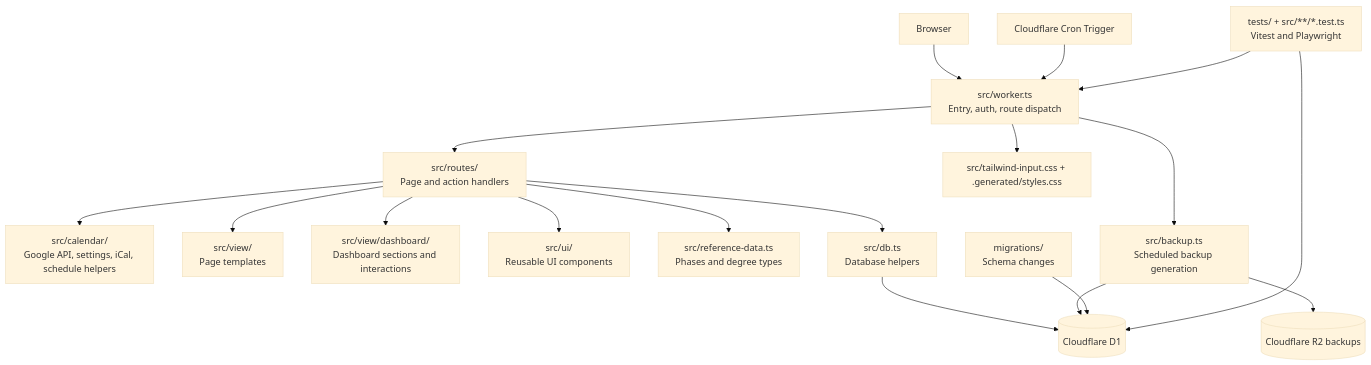
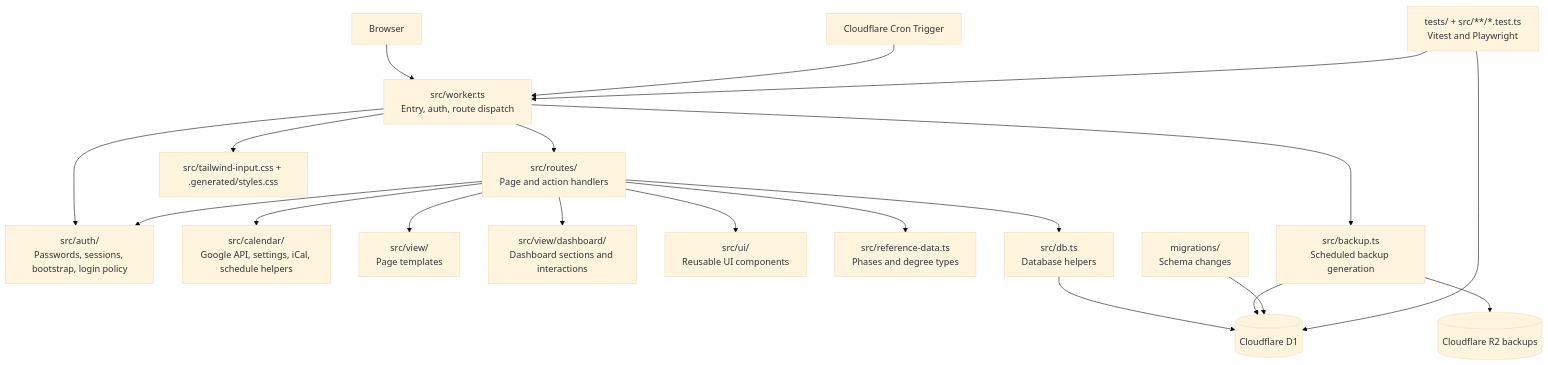
The diagram in docs/project-structure.md (bebraw/thesis-journey-tracker), drawn with Mermaid (base theme) before and after one commit. The commit also changed other lines of this file and 11 other files, not shown here.

````diff
--- a/docs/project-structure.md
+++ b/docs/project-structure.md
@@ -33,37 +34,40 @@
 ```mermaid
 graph TD
     Browser[Browser]
     Worker[src/worker.ts<br/>Entry, auth, route dispatch]
     Routes[src/routes/<br/>Page and action handlers]
+    Auth[src/auth/<br/>Passwords, sessions, bootstrap, login policy]
     Calendar[src/calendar/<br/>Google API, settings, iCal, schedule helpers]
     Views[src/view/<br/>Page templates]
     Dashboard[src/view/dashboard/<br/>Dashboard sections and interactions]
     UI[src/ui/<br/>Reusable UI components]
     Reference[src/reference-data.ts<br/>Phases and degree types]
     DB[src/db.ts<br/>Database helpers]
     Backup[src/backup.ts<br/>Scheduled backup generation]
     D1[(Cloudflare D1)]
     R2[(Cloudflare R2 backups)]
     Migrations[migrations/<br/>Schema changes]
     Tests[tests/ + src/**/*.test.ts<br/>Vitest and Playwright]
     CSS[src/tailwind-input.css + .generated/styles.css]
     Cron[Cloudflare Cron Trigger]
 
     Browser --> Worker
     Worker --> Routes
+    Worker --> Auth
     Routes --> Views
     Routes --> Dashboard
     Routes --> UI
     Routes --> Reference
     Routes --> DB
+    Routes --> Auth
     Routes --> Calendar
     Worker --> Backup
     Worker --> CSS
     DB --> D1
     Cron --> Worker
     Backup --> D1
     Backup --> R2
     Migrations --> D1
     Tests --> Worker
     Tests --> D1
 ```
````
